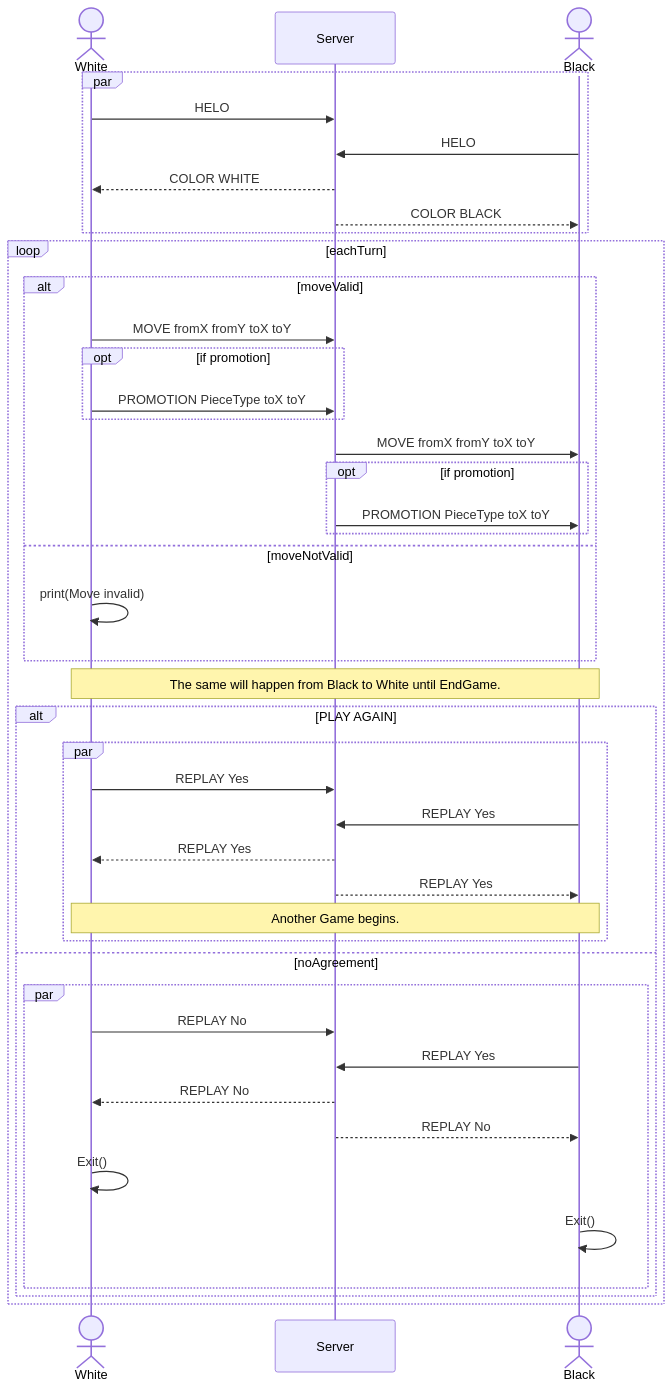
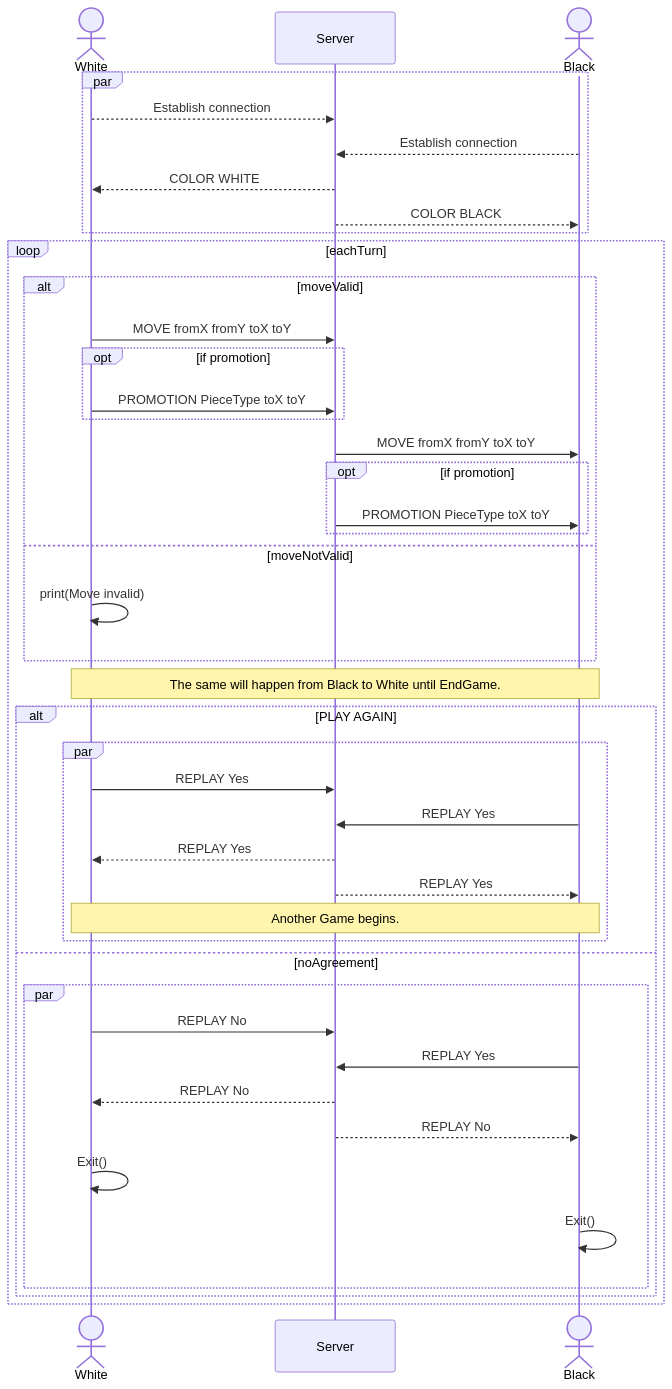
Before and after one commit to heig-lherman/dai-pw02: the diagram in README.md, drawn with Mermaid.

Commit message:
minor change not HELO

````diff
--- a/README.md
+++ b/README.md
@@ -31,47 +31,47 @@
 ```mermaid
 sequenceDiagram
     actor White as White
     participant Server as Server
     actor Black as Black
 
     par
-    White ->> Server: HELO
-    Black ->> Server: HELO
+    White -->> Server: Establish connection
+    Black -->> Server: Establish connection
     Server -->> White: COLOR WHITE
     Server -->> Black: COLOR BLACK
     end
 
     loop eachTurn
     alt moveValid
         White ->> Server: MOVE fromX fromY toX toY
         opt if promotion
             White ->> Server: PROMOTION PieceType toX toY
         end
         Server ->> Black: MOVE fromX fromY toX toY
         opt if promotion
             Server ->> Black: PROMOTION PieceType toX toY
         end
         else moveNotValid
         White ->> White: print(Move invalid)
     end
     Note over White,Black: The same will happen from Black to White until EndGame.
         alt PLAY AGAIN
     par
         White ->> Server: REPLAY Yes
         Black ->> Server: REPLAY Yes
         Server -->> White: REPLAY Yes
         Server -->> Black: REPLAY Yes
             Note over White,Black: Another Game begins.
     end
         else noAgreement
         par
         White ->> Server: REPLAY No
         Black ->> Server: REPLAY Yes
         Server -->> White: REPLAY No
         Server -->> Black: REPLAY No
         White ->> White: Exit()
         Black ->> Black: Exit()
         end
     end
     end
 ```
````
